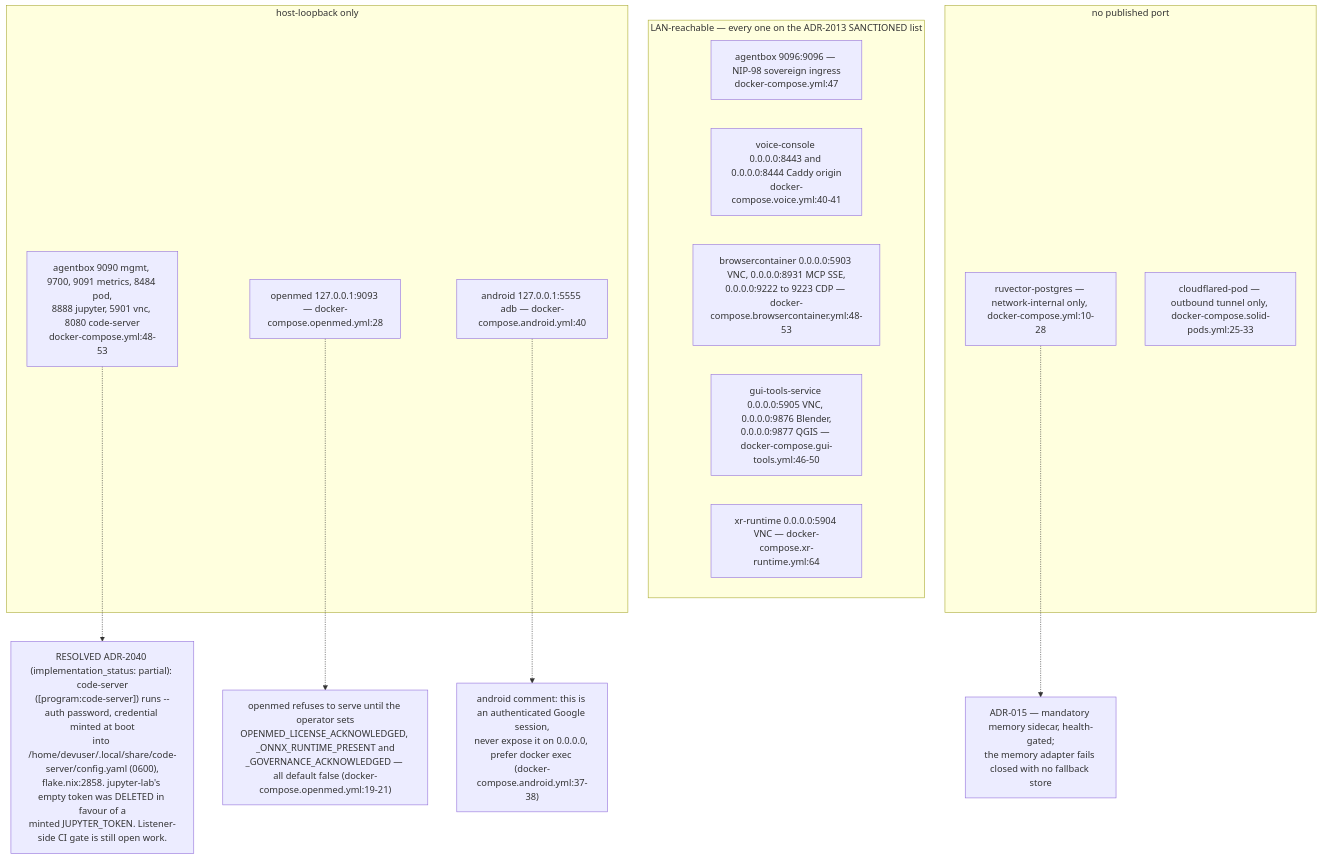
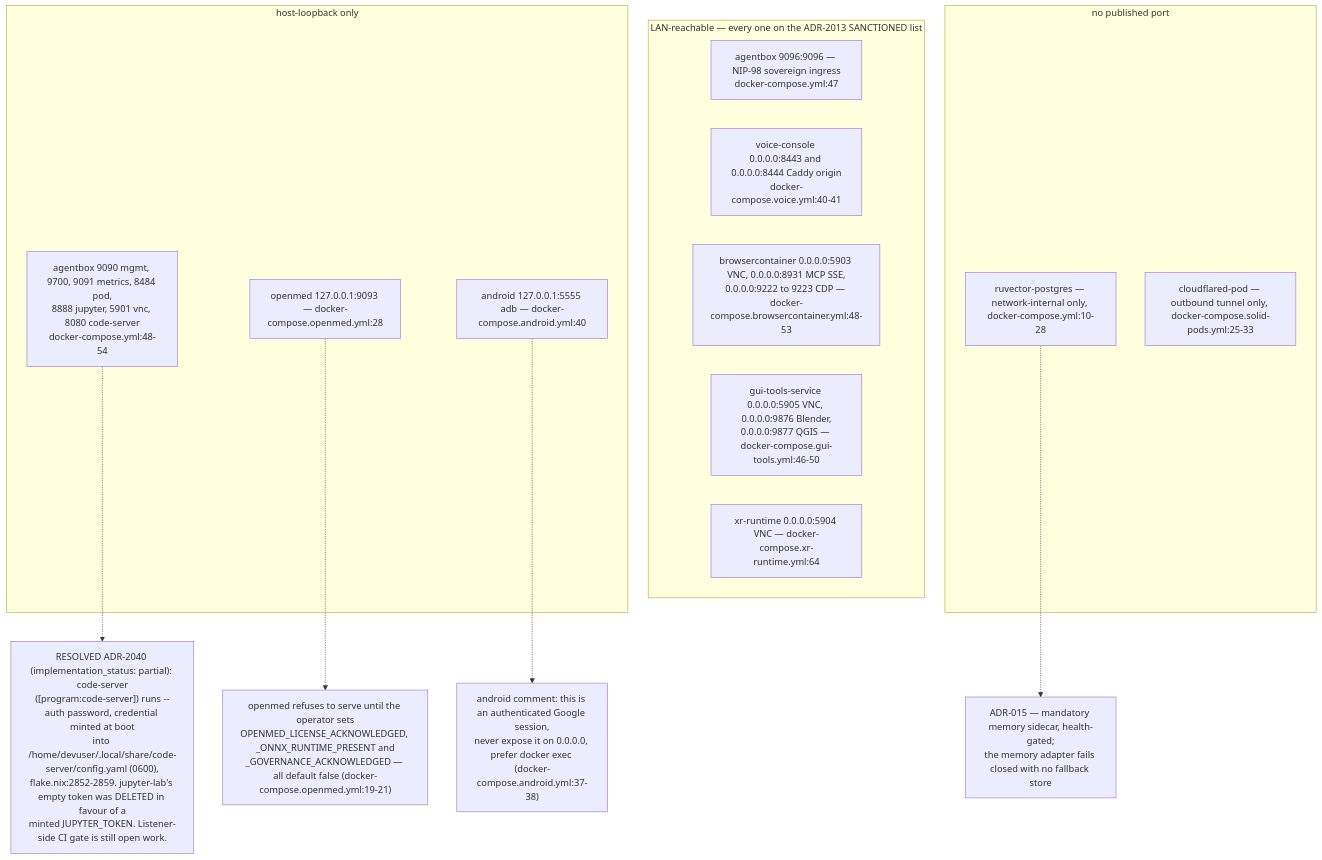
Before and after one commit to DreamLab-AI/VisionFlow: the seventh of 14 diagrams in docs/diagrams/agentbox/06-sidecars-and-compose-overlays.md, drawn with Mermaid. The commit also changed other lines of this file and 173 other files, not shown here.

````diff
--- a/docs/diagrams/agentbox/06-sidecars-and-compose-overlays.md
+++ b/docs/diagrams/agentbox/06-sidecars-and-compose-overlays.md
@@ -222,23 +222,23 @@
 ```mermaid
 flowchart TB
     subgraph LANP["LAN-reachable — every one on the ADR-2013 SANCTIONED list"]
         P1["agentbox 9096:9096 — NIP-98 sovereign ingress<br/>docker-compose.yml:47"]
         P2["voice-console 0.0.0.0:8443 and 0.0.0.0:8444 Caddy origin<br/>docker-compose.voice.yml:40-41"]
         P3["browsercontainer 0.0.0.0:5903 VNC, 0.0.0.0:8931 MCP SSE,<br/>0.0.0.0:9222 to 9223 CDP — docker-compose.browsercontainer.yml:48-53"]
         P4["gui-tools-service 0.0.0.0:5905 VNC, 0.0.0.0:9876 Blender,<br/>0.0.0.0:9877 QGIS — docker-compose.gui-tools.yml:46-50"]
         P5["xr-runtime 0.0.0.0:5904 VNC — docker-compose.xr-runtime.yml:64"]
     end
     subgraph LOOP["host-loopback only"]
-        Q1["agentbox 9090 mgmt, 9700, 9091 metrics, 8484 pod,<br/>8888 jupyter, 5901 vnc, 8080 code-server<br/>docker-compose.yml:48-53"]
+        Q1["agentbox 9090 mgmt, 9700, 9091 metrics, 8484 pod,<br/>8888 jupyter, 5901 vnc, 8080 code-server<br/>docker-compose.yml:48-54"]
         Q2["openmed 127.0.0.1:9093 — docker-compose.openmed.yml:28"]
         Q3["android 127.0.0.1:5555 adb — docker-compose.android.yml:40"]
     end
     subgraph NONE["no published port"]
         R1["ruvector-postgres — network-internal only, docker-compose.yml:10-28"]
         R2["cloudflared-pod — outbound tunnel only, docker-compose.solid-pods.yml:25-33"]
     end
     Q3 -.-> AND["android comment: this is an authenticated Google session,<br/>never expose it on 0.0.0.0, prefer docker exec (docker-compose.android.yml:37-38)"]
     Q2 -.-> OM["openmed refuses to serve until the operator sets<br/>OPENMED_LICENSE_ACKNOWLEDGED, _ONNX_RUNTIME_PRESENT and<br/>_GOVERNANCE_ACKNOWLEDGED — all default false (docker-compose.openmed.yml:19-21)"]
-    Q1 -.-> CSR["RESOLVED ADR-2040 (implementation_status: partial): code-server<br/>([program:code-server]) runs --auth password, credential minted at boot<br/>into /home/devuser/.local/share/code-server/config.yaml (0600),<br/>flake.nix:2858. jupyter-lab's empty token was DELETED in favour of a<br/>minted JUPYTER_TOKEN. Listener-side CI gate is still open work."]
+    Q1 -.-> CSR["RESOLVED ADR-2040 (implementation_status: partial): code-server<br/>([program:code-server]) runs --auth password, credential minted at boot<br/>into /home/devuser/.local/share/code-server/config.yaml (0600),<br/>flake.nix:2852-2859. jupyter-lab's empty token was DELETED in favour of a<br/>minted JUPYTER_TOKEN. Listener-side CI gate is still open work."]
     R1 -.-> PGN["ADR-015 — mandatory memory sidecar, health-gated;<br/>the memory adapter fails closed with no fallback store"]
 ```
````
